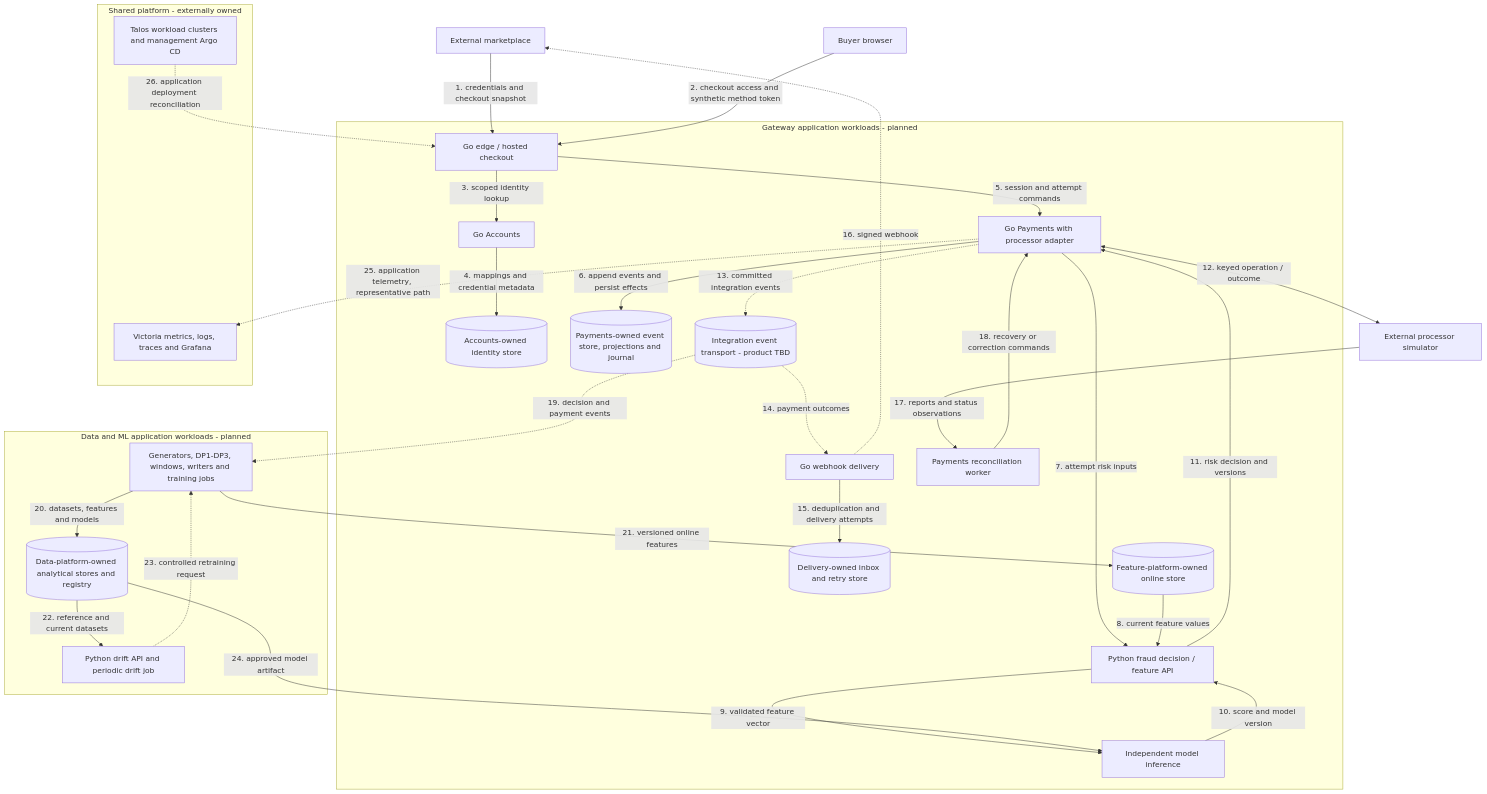
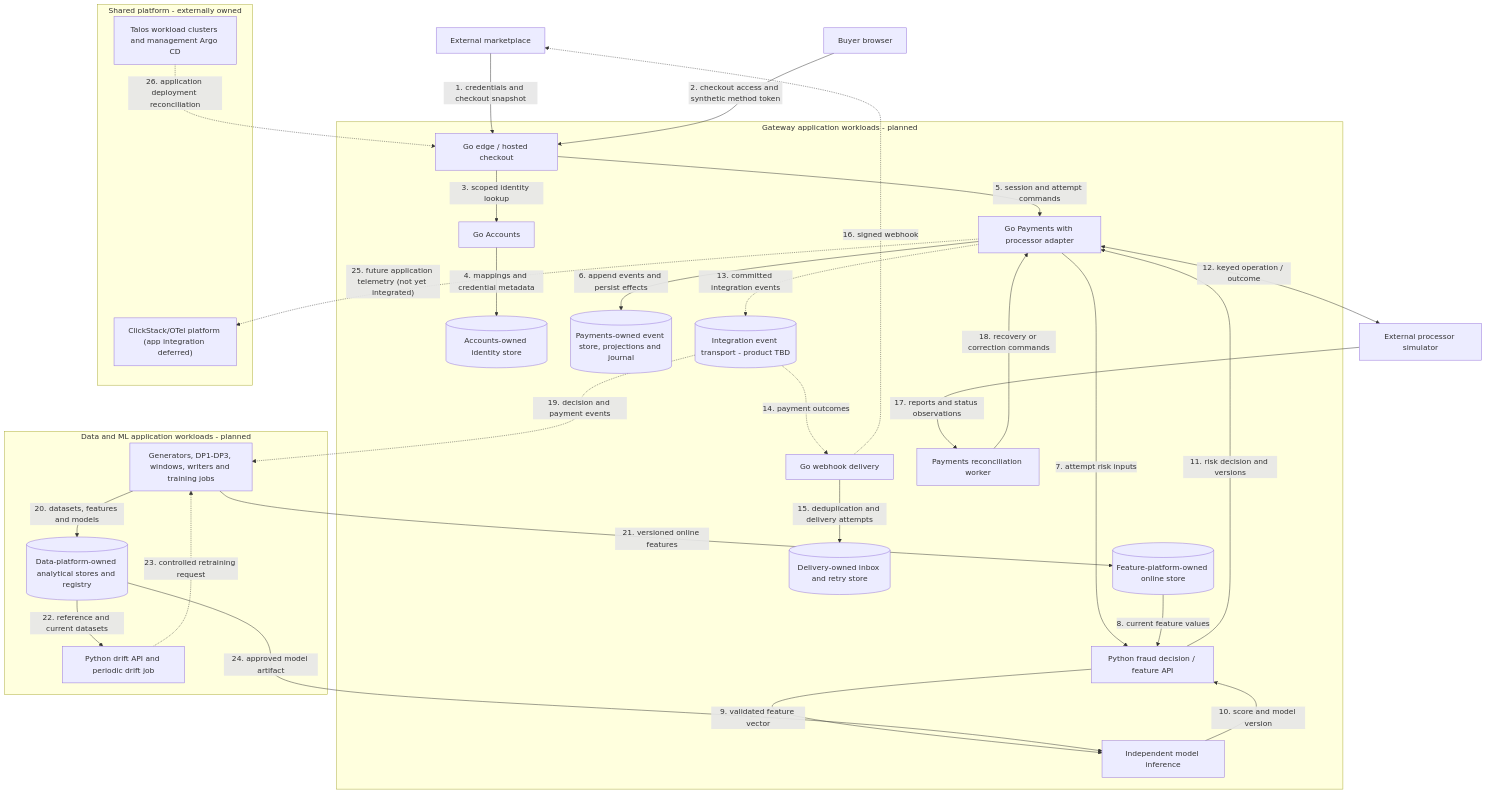
One commit to phuchoang2603/realtime-credit-card-fraud-detection changed the diagram in docs/architecture/payment-gateway.md. Above: the diagram before and after it, drawn with Mermaid. The commit also changed other lines of this file and 52 other files, not shown here.

````diff
--- a/docs/architecture/payment-gateway.md
+++ b/docs/architecture/payment-gateway.md
@@ -49,55 +49,55 @@
 ```mermaid
 flowchart TB
     M["External marketplace"]
     B["Buyer browser"]
     X["External processor simulator"]
     subgraph gateway["Gateway application workloads - planned"]
         E["Go edge / hosted checkout"]
         A["Go Accounts"]
         AS[("Accounts-owned identity store")]
         P["Go Payments with processor adapter"]
         PS[("Payments-owned event store, projections and journal")]
         Q[("Integration event transport - product TBD")]
         W["Go webhook delivery"]
         WS[("Delivery-owned inbox and retry store")]
         R["Payments reconciliation worker"]
         F["Python fraud decision / feature API"]
         I["Independent model inference"]
         OS[("Feature-platform-owned online store")]
     end
     subgraph data["Data and ML application workloads - planned"]
         J["Generators, DP1-DP3, windows, writers and training jobs"]
         DS[("Data-platform-owned analytical stores and registry")]
         D["Python drift API and periodic drift job"]
     end
     subgraph platform["Shared platform - externally owned"]
-        O["Victoria metrics, logs, traces and Grafana"]
+        O["ClickStack/OTel platform (app integration deferred)"]
         K["Talos workload clusters and management Argo CD"]
     end
     M -->|"1. credentials and checkout snapshot"| E
     B -->|"2. checkout access and synthetic method token"| E
     E -->|"3. scoped identity lookup"| A
     A -->|"4. mappings and credential metadata"| AS
     E -->|"5. session and attempt commands"| P
     P -->|"6. append events and persist effects"| PS
     P -->|"7. attempt risk inputs"| F
     OS -->|"8. current feature values"| F
     F -->|"9. validated feature vector"| I
     I -->|"10. score and model version"| F
     F -->|"11. risk decision and versions"| P
     P <-->|"12. keyed operation / outcome"| X
     P -.->|"13. committed integration events"| Q
     Q -.->|"14. payment outcomes"| W
     W -->|"15. deduplication and delivery attempts"| WS
     W -.->|"16. signed webhook"| M
     X -->|"17. reports and status observations"| R
     R -->|"18. recovery or correction commands"| P
     Q -.->|"19. decision and payment events"| J
     J -->|"20. datasets, features and models"| DS
     J -->|"21. versioned online features"| OS
     DS -->|"22. reference and current datasets"| D
     D -.->|"23. controlled retraining request"| J
     DS -->|"24. approved model artifact"| I
-    P -.->|"25. application telemetry, representative path"| O
+    P -.->|"25. future application telemetry (not yet integrated)"| O
     K -.->|"26. application deployment reconciliation"| E
 ```
````
